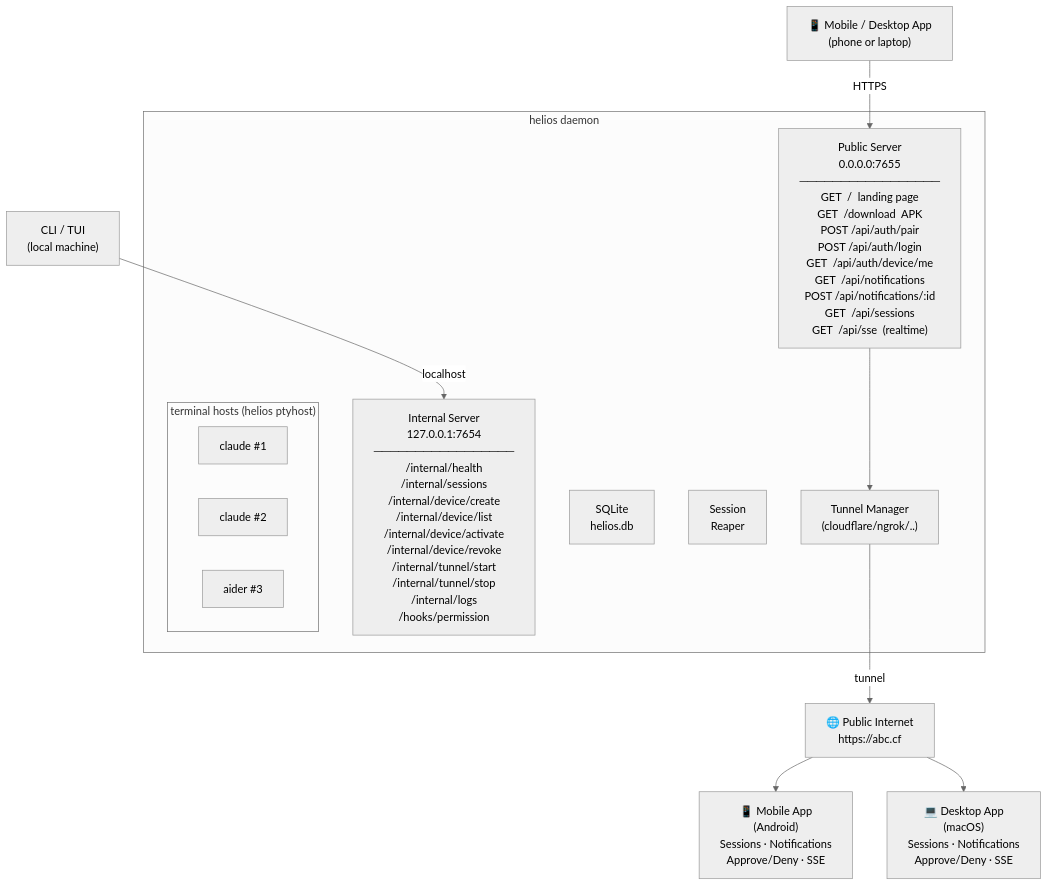
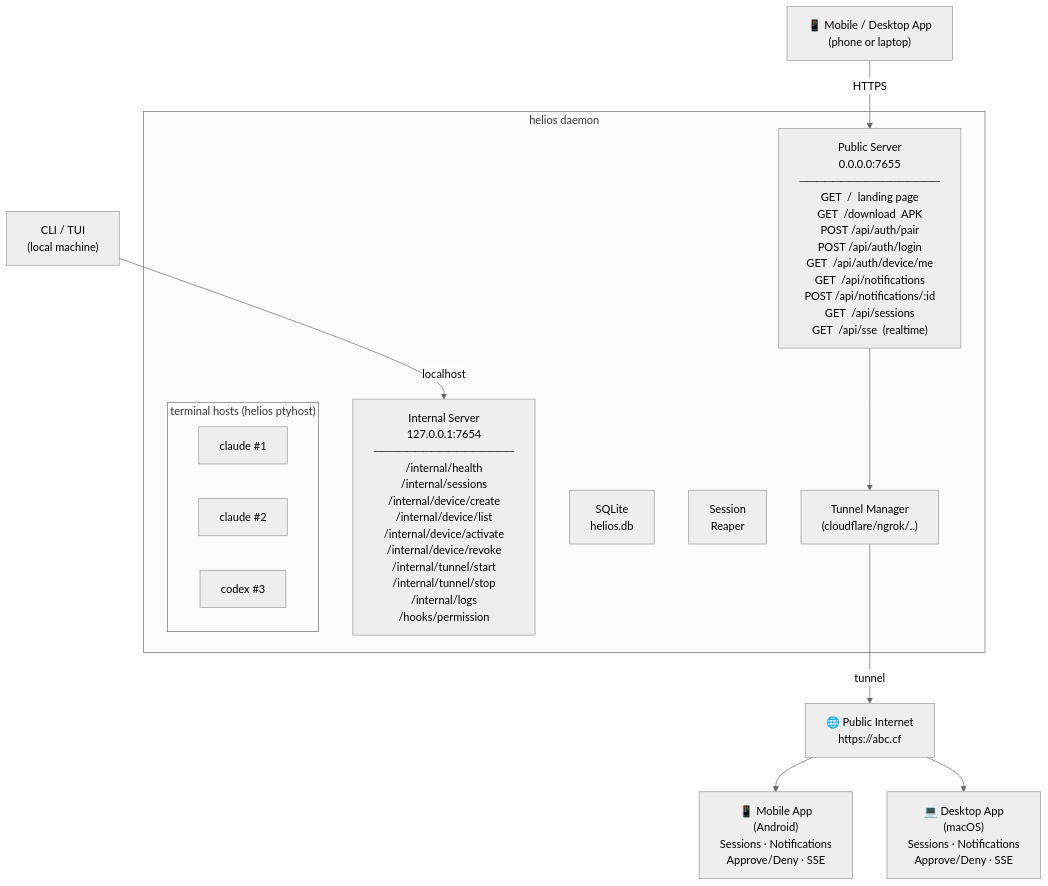
One commit to kamrul1157024/helios changed the fourth of 4 diagrams in README.md. Above: the diagram before and after it, drawn with Mermaid (neutral theme). The commit also changed other lines of this file, not shown here.

Commit message:
docs: drop Aider, name Codex as a supported harness

````diff
--- a/README.md
+++ b/README.md
@@ -511,32 +511,32 @@
 ```mermaid
 graph TB
     CLI["CLI / TUI\n(local machine)"]
     Mobile["📱 Mobile / Desktop App\n(phone or laptop)"]
 
     subgraph Daemon["helios daemon"]
         Internal["Internal Server\n127.0.0.1:7654\n─────────────────\n/internal/health\n/internal/sessions\n/internal/device/create\n/internal/device/list\n/internal/device/activate\n/internal/device/revoke\n/internal/tunnel/start\n/internal/tunnel/stop\n/internal/logs\n/hooks/permission"]
 
         Public["Public Server\n0.0.0.0:7655\n─────────────────\nGET  /  landing page\nGET  /download  APK\nPOST /api/auth/pair\nPOST /api/auth/login\nGET  /api/auth/device/me\nGET  /api/notifications\nPOST /api/notifications/:id\nGET  /api/sessions\nGET  /api/sse  (realtime)"]
 
         SQLite["SQLite\nhelios.db"]
         Reaper["Session\nReaper"]
         Tunnel["Tunnel Manager\n(cloudflare/ngrok/..)"]
 
         subgraph hosts["terminal hosts (helios ptyhost)"]
             S1["claude #1"]
             S2["claude #2"]
-            S3["aider #3"]
+            S3["codex #3"]
         end
     end
 
     Internet["🌐 Public Internet\nhttps://abc.cf"]
     MobileApp["📱 Mobile App\n(Android)\nSessions · Notifications\nApprove/Deny · SSE"]
     DesktopApp["💻 Desktop App\n(macOS)\nSessions · Notifications\nApprove/Deny · SSE"]
 
     CLI -->|localhost| Internal
     Mobile -->|HTTPS| Public
     Public --> Tunnel
     Tunnel -->|tunnel| Internet
     Internet --> MobileApp
     Internet --> DesktopApp
 ```
````
